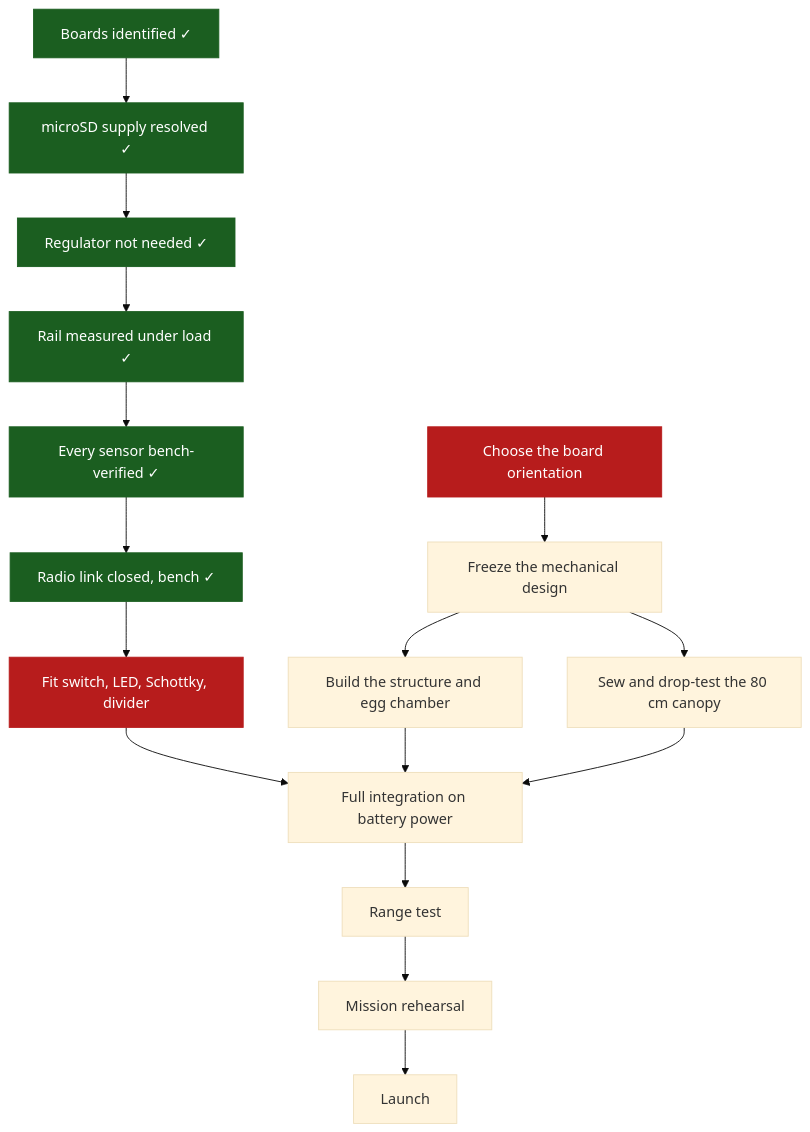
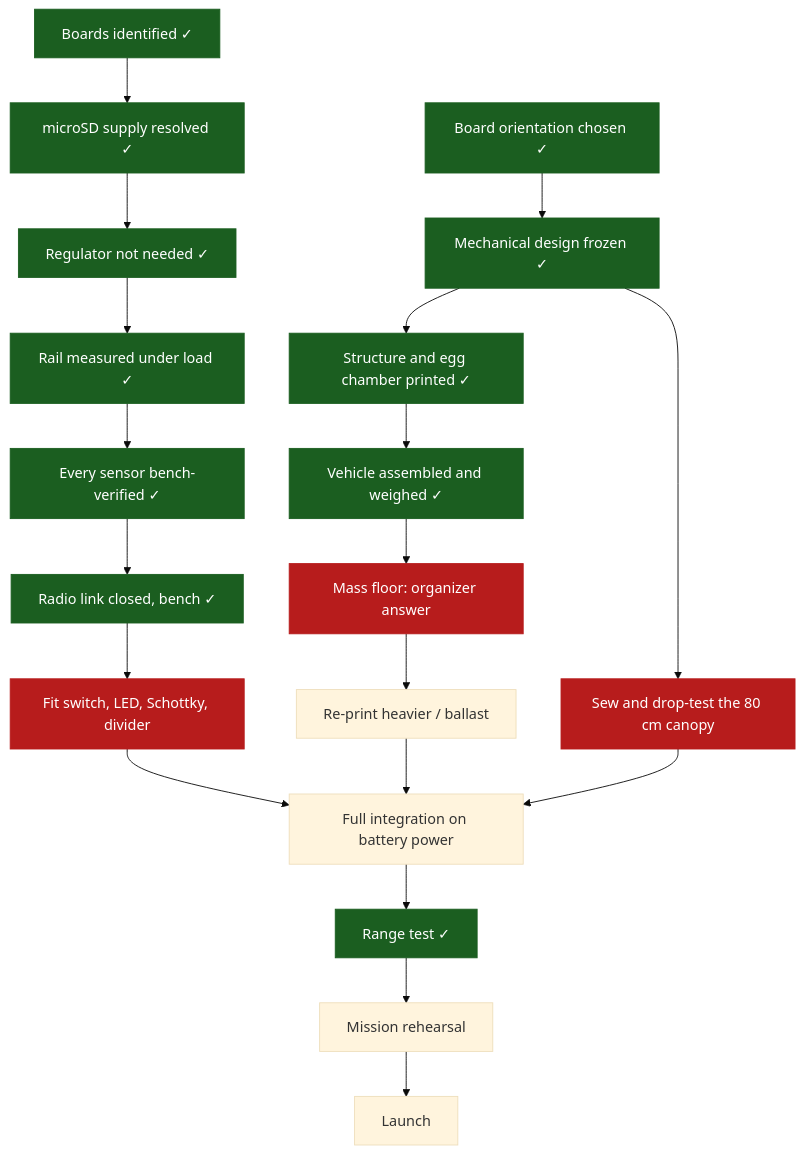
Before and after one commit to KunjSorathiya/CanSat-2026: the fourth of 4 diagrams in documentation/project/timeline.md, drawn with Mermaid (base theme). The commit also changed other lines of this file and 27 other files, not shown here.

````diff
--- a/documentation/project/timeline.md
+++ b/documentation/project/timeline.md
@@ -237,21 +246,24 @@
 ```mermaid
 flowchart TD
     A["Boards identified ✓"] --> B["microSD supply resolved ✓"]
     B --> C["Regulator not needed ✓"]
     C --> D["Rail measured under load ✓"]
     D --> E["Every sensor bench-verified ✓"]
     E --> F["Radio link closed, bench ✓"]
     F --> N["Fit switch, LED, Schottky, divider"]
     N --> G["Full integration on battery power"]
-    H["Choose the board orientation"] --> I["Freeze the mechanical design"]
-    I --> J["Build the structure and egg chamber"]
+    H["Board orientation chosen ✓"] --> I["Mechanical design frozen ✓"]
+    I --> J["Structure and egg chamber printed ✓"]
+    J --> W["Vehicle assembled and weighed ✓"]
+    W --> X["Mass floor: organizer answer"]
+    X --> Y["Re-print heavier / ballast"]
     I --> K["Sew and drop-test the 80 cm canopy"]
-    J --> G
+    Y --> G
     K --> G
-    G --> O["Range test"] --> L["Mission rehearsal"] --> M["Launch"]
+    G --> O["Range test ✓"] --> L["Mission rehearsal"] --> M["Launch"]
 
     classDef done fill:#1b5e20,stroke:#1b5e20,color:#fff
     classDef blocker fill:#b71c1c,stroke:#b71c1c,color:#fff
-    class A,B,C,D,E,F done
-    class H,N blocker
+    class A,B,C,D,E,F,H,I,J,W,O done
+    class N,K,X blocker
 ```
````
